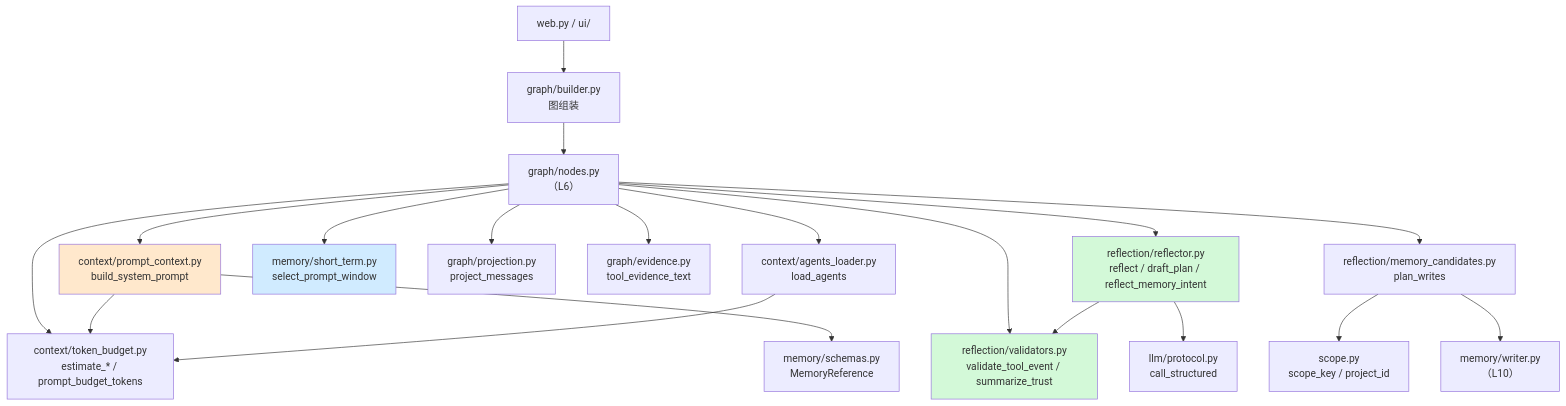
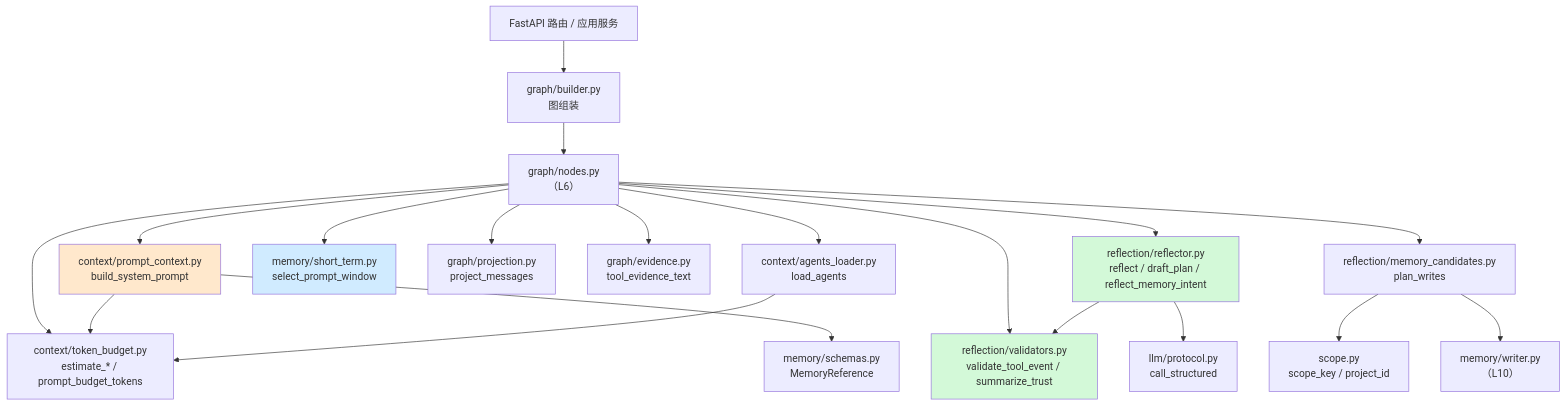
The first of 3 diagrams in docs/lessons/09-context-reflection.md (LaoTouAiLe/chaiai), drawn with Mermaid before and after one commit. The commit also changed other lines of this file and 27 other files, not shown here.

````diff
--- a/docs/lessons/09-context-reflection.md
+++ b/docs/lessons/09-context-reflection.md
@@ -33,28 +33,28 @@
 ```mermaid
 graph TD
-    CLI["web.py / ui/"] --> GRAPH["graph/builder.py<br/>图组装"]
+    CLI["FastAPI 路由 / 应用服务"] --> GRAPH["graph/builder.py<br/>图组装"]
     GRAPH --> NODES["graph/nodes.py<br/>（L6）"]
 
     NODES --> PC["context/prompt_context.py<br/>build_system_prompt"]
     NODES --> TB["context/token_budget.py<br/>estimate_* / prompt_budget_tokens"]
     NODES --> AL["context/agents_loader.py<br/>load_agents"]
     NODES --> ST["memory/short_term.py<br/>select_prompt_window"]
     NODES --> PR["graph/projection.py<br/>project_messages"]
     NODES --> EV["graph/evidence.py<br/>tool_evidence_text"]
     NODES --> RF["reflection/reflector.py<br/>reflect / draft_plan / reflect_memory_intent"]
     NODES --> VD["reflection/validators.py<br/>validate_tool_event / summarize_trust"]
     NODES --> MC["reflection/memory_candidates.py<br/>plan_writes"]
 
     PC --> TB
     PC --> SCHEMA["memory/schemas.py<br/>MemoryReference"]
     AL --> TB
     RF --> VD
     RF --> PROTO["llm/protocol.py<br/>call_structured"]
     MC --> SCOPE["scope.py<br/>scope_key / project_id"]
     MC --> WRITER["memory/writer.py<br/>（L10）"]
 
     style PC fill:#ffe8cc
     style ST fill:#d0ebff
     style VD fill:#d3f9d8
     style RF fill:#d3f9d8
 ```
````
